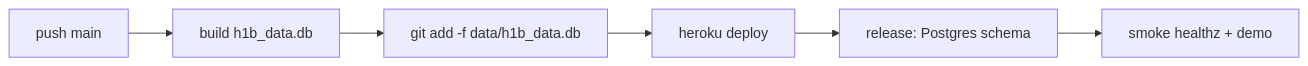
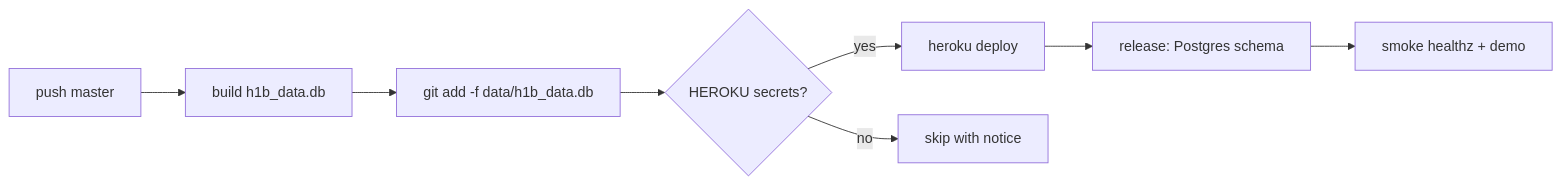
Before and after one commit to ixsx2/h1b-service: the diagram in docs/deploy.md, drawn with Mermaid. The commit also changed other lines of this file and 3 other files, not shown here.

````diff
--- a/docs/deploy.md
+++ b/docs/deploy.md
@@ -110,8 +110,10 @@
 ```mermaid
 flowchart LR
-  A[push main] --> B[build h1b_data.db]
+  A[push master] --> B[build h1b_data.db]
   B --> C[git add -f data/h1b_data.db]
-  C --> D[heroku deploy]
-  D --> E[release: Postgres schema]
-  E --> F[smoke healthz + demo]
+  C --> D{HEROKU secrets?}
+  D -->|yes| E[heroku deploy]
+  D -->|no| F[skip with notice]
+  E --> G[release: Postgres schema]
+  G --> H[smoke healthz + demo]
 ```
````
